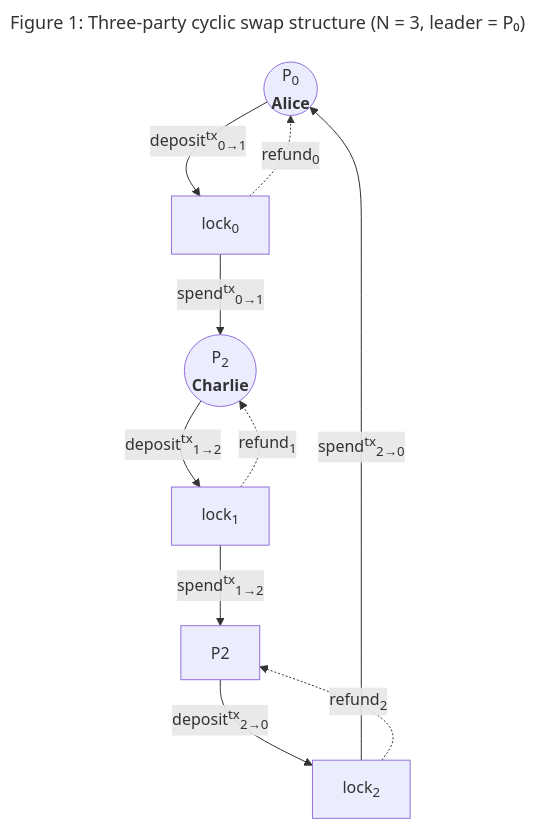
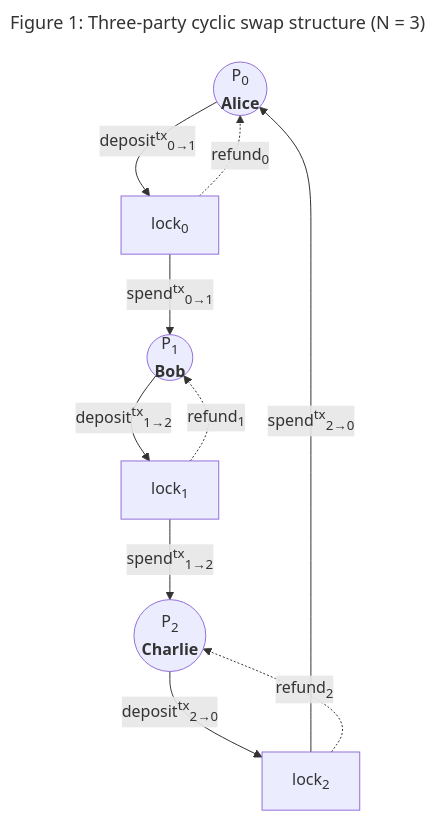
Before and after one commit to input-output-hk/cyclic-atomic-swap: the diagram in docs/abstract.md, drawn with Mermaid.

Commit message:
Corrected mermaid diagram in `abstract.md` to fix a labelling error and updated the figure title for clarity.

````diff
--- a/docs/abstract.md
+++ b/docs/abstract.md
@@ -82,24 +82,24 @@
 ```mermaid
 ---
-title: "Figure 1: Three-party cyclic swap structure (N = 3, leader = P₀)"
+title: "Figure 1: Three-party cyclic swap structure (N = 3)"
 ---
 graph TD
     P0((P<sub>0</sub><br><b>Alice</b>))
     P1((P<sub>1</sub><br><b>Bob</b>))
-    P1((P<sub>2</sub><br><b>Charlie</b>))
+    P2((P<sub>2</sub><br><b>Charlie</b>))
     L0[lock<sub>0</sub>]
     L1[lock<sub>1</sub>]
     L2[lock<sub>2</sub>]
  
     P0 -->|deposit<sup>tx</sup><sub>0→1</sub>| L0
     P1 -->|deposit<sup>tx</sup><sub>1→2</sub>| L1
     P2 -->|deposit<sup>tx</sup><sub>2→0</sub>| L2
  
     L0 -->|spend<sup>tx</sup><sub>0→1</sub>| P1
     L1 -->|spend<sup>tx</sup><sub>1→2</sub>| P2
     L2 -->|spend<sup>tx</sup><sub>2→0</sub>| P0
  
     L0 -.->|refund<sub>0</sub>| P0
     L1 -.->|refund<sub>1</sub>| P1
     L2 -.->|refund<sub>2</sub>| P2
 ```
````
